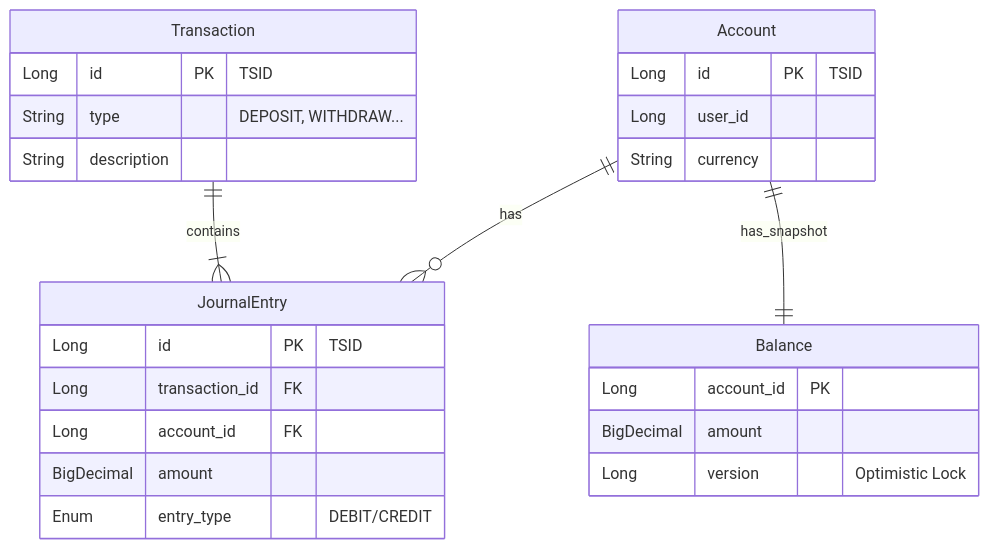
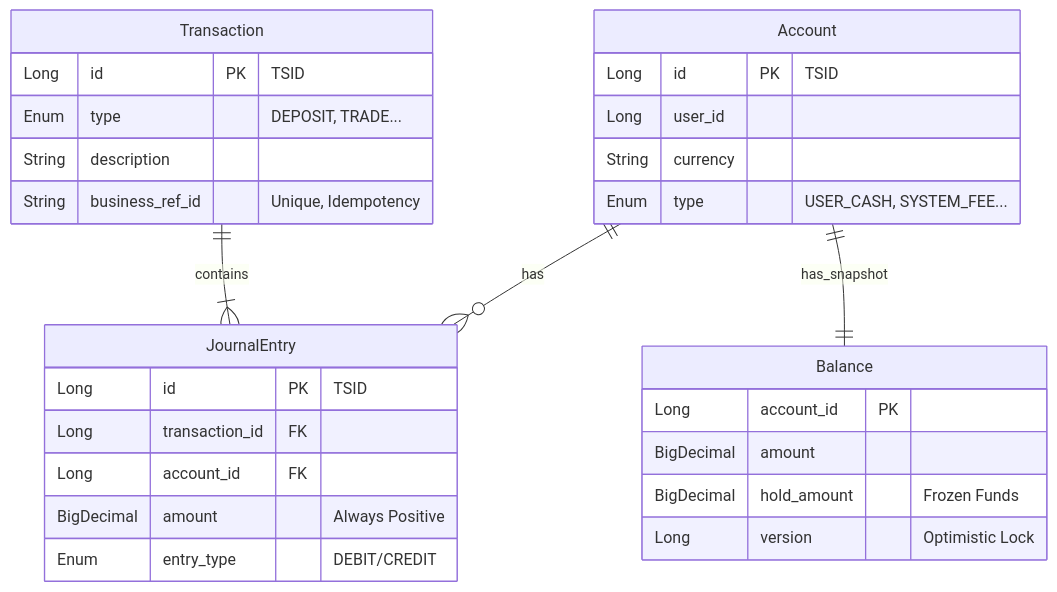
The diagram in kuku-core-ledger/README.md (dding94/kuku-Securities), drawn with Mermaid before and after one commit. The commit also changed other lines of this file and 12 other files, not shown here.

````diff
--- a/kuku-core-ledger/README.md
+++ b/kuku-core-ledger/README.md
@@ -39,32 +46,35 @@
 ```mermaid
 erDiagram
     Transaction ||--|{ JournalEntry : contains
     Account ||--o{ JournalEntry : has
     Account ||--|| Balance : has_snapshot
 
     Transaction {
         Long id PK "TSID"
-        String type "DEPOSIT, WITHDRAW..."
+        Enum type "DEPOSIT, TRADE..."
         String description
+        String business_ref_id "Unique, Idempotency"
     }
 
     JournalEntry {
         Long id PK "TSID"
         Long transaction_id FK
         Long account_id FK
-        BigDecimal amount
+        BigDecimal amount "Always Positive"
         Enum entry_type "DEBIT/CREDIT"
     }
 
     Account {
         Long id PK "TSID"
         Long user_id
         String currency
+        Enum type "USER_CASH, SYSTEM_FEE..."
     }
 
     Balance {
         Long account_id PK
         BigDecimal amount
+        BigDecimal hold_amount "Frozen Funds"
         Long version "Optimistic Lock"
     }
 ```
````
